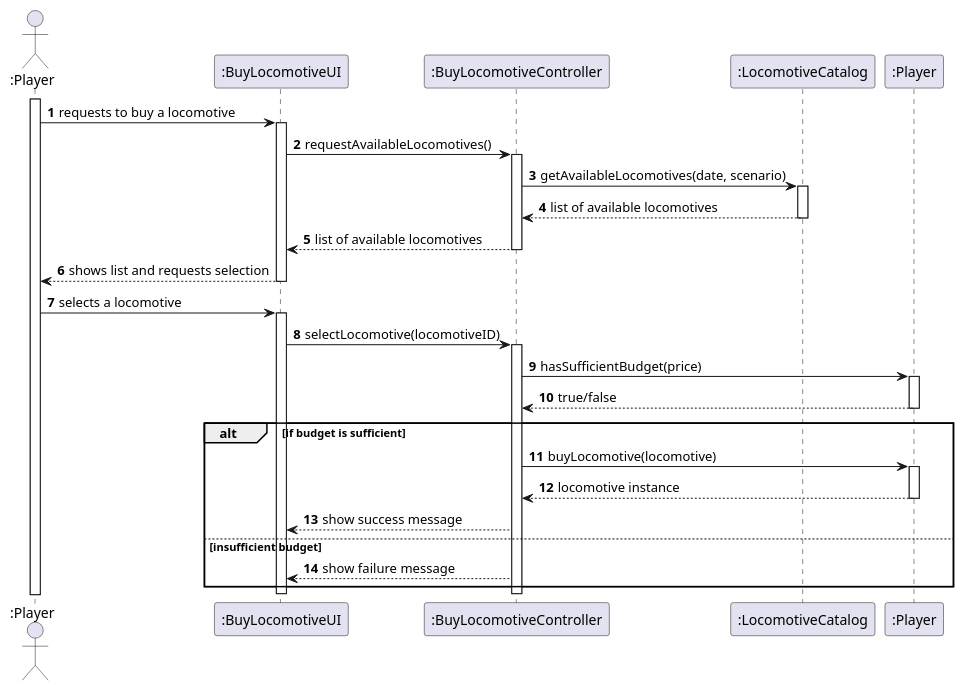
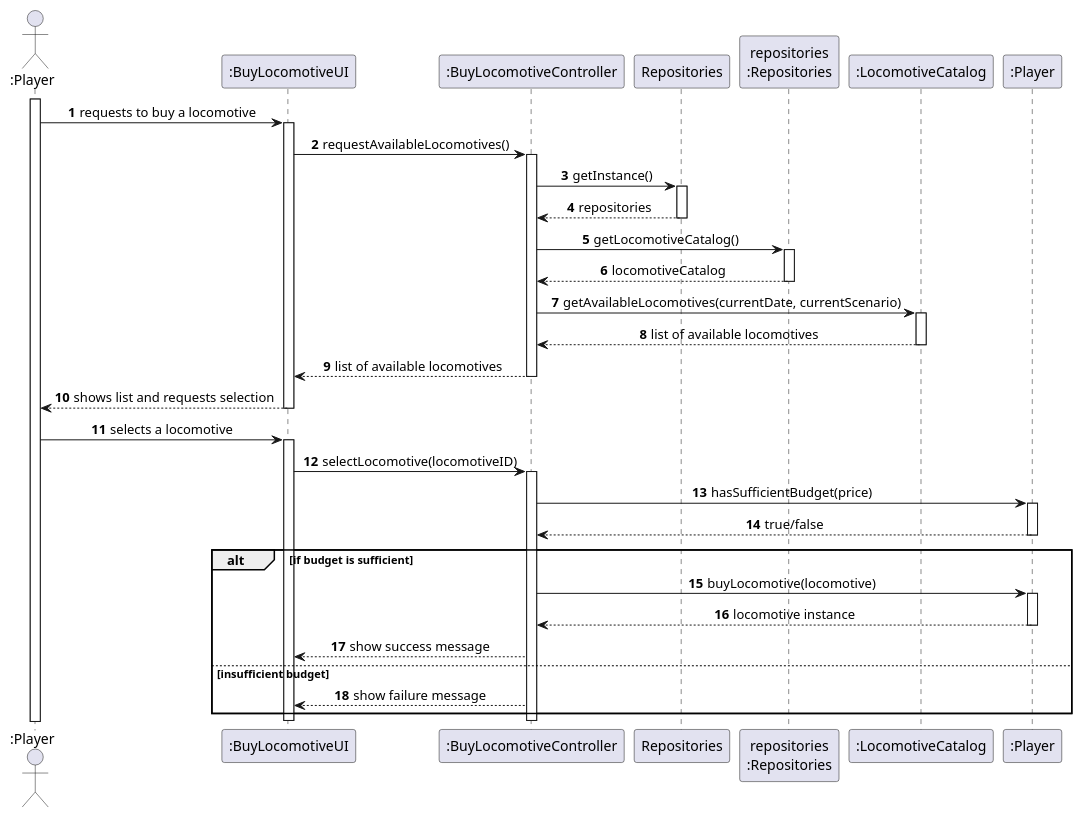
Before and after one commit to 1240826/empire-on-tracks: the diagram in docs/system-documentation/US009/03.design/puml/US009-SD-full.puml, drawn with PlantUML. The commit also changed 20 other files, not shown here.

```diff
--- a/docs/system-documentation/US009/03.design/puml/US009-SD-full.puml
+++ b/docs/system-documentation/US009/03.design/puml/US009-SD-full.puml
@@ -1,50 +1,70 @@
 @startuml
 'skinparam monochrome true
 skinparam packageStyle rectangle
 skinparam shadowing false
+skinparam sequenceMessageAlign center
+
+autonumber
 
 actor ":Player" as Player
 participant ":BuyLocomotiveUI" as UI
 participant ":BuyLocomotiveController" as Controller
+participant "Repositories" as REPOS
+participant "repositories\n:Repositories" as REPOS_SINGLETON
 participant ":LocomotiveCatalog" as Catalog
 participant ":Player" as PlayerObject
 
-autonumber
-'hide footbox
+activate Player
 
+Player -> UI : requests to buy a locomotive
+activate UI
 
-activate Player
-    Player -> UI : requests to buy a locomotive
-    activate UI
-        UI -> Controller : requestAvailableLocomotives()
-        activate Controller
-            Controller -> Catalog : getAvailableLocomotives(date, scenario)
-            activate Catalog
-                Catalog --> Controller : list of available locomotives
-            deactivate Catalog
-        Controller --> UI : list of available locomotives
-    deactivate Controller
-    UI --> Player : shows list and requests selection
+UI -> Controller : requestAvailableLocomotives()
+activate Controller
 
+Controller -> REPOS : getInstance()
+activate REPOS
+REPOS --> Controller : repositories
+deactivate REPOS
+
+Controller -> REPOS_SINGLETON : getLocomotiveCatalog()
+activate REPOS_SINGLETON
+REPOS_SINGLETON --> Controller : locomotiveCatalog
+deactivate REPOS_SINGLETON
+
+Controller -> Catalog : getAvailableLocomotives(currentDate, currentScenario)
+activate Catalog
+Catalog --> Controller : list of available locomotives
+deactivate Catalog
+
+Controller --> UI : list of available locomotives
+deactivate Controller
+
+UI --> Player : shows list and requests selection
 deactivate UI
 
-    Player -> UI : selects a locomotive
-    activate UI
-        UI -> Controller : selectLocomotive(locomotiveID)
-        activate Controller
-            Controller -> PlayerObject : hasSufficientBudget(price)
-            activate PlayerObject
-                PlayerObject --> Controller : true/false
-            deactivate PlayerObject
-            alt if budget is sufficient
-                Controller -> PlayerObject : buyLocomotive(locomotive)
-                activate PlayerObject
-                    PlayerObject --> Controller : locomotive instance
-                deactivate PlayerObject
-                Controller --> UI : show success message
-            else insufficient budget
-                Controller --> UI : show failure message
-            end
-        deactivate Controller
-    deactivate UI
+Player -> UI : selects a locomotive
+activate UI
+
+UI -> Controller : selectLocomotive(locomotiveID)
+activate Controller
+
+Controller -> PlayerObject : hasSufficientBudget(price)
+activate PlayerObject
+PlayerObject --> Controller : true/false
+deactivate PlayerObject
+
+alt if budget is sufficient
+    Controller -> PlayerObject : buyLocomotive(locomotive)
+    activate PlayerObject
+    PlayerObject --> Controller : locomotive instance
+    deactivate PlayerObject
+    Controller --> UI : show success message
+else insufficient budget
+    Controller --> UI : show failure message
+end
+
+deactivate Controller
+deactivate UI
+
 @enduml
```
